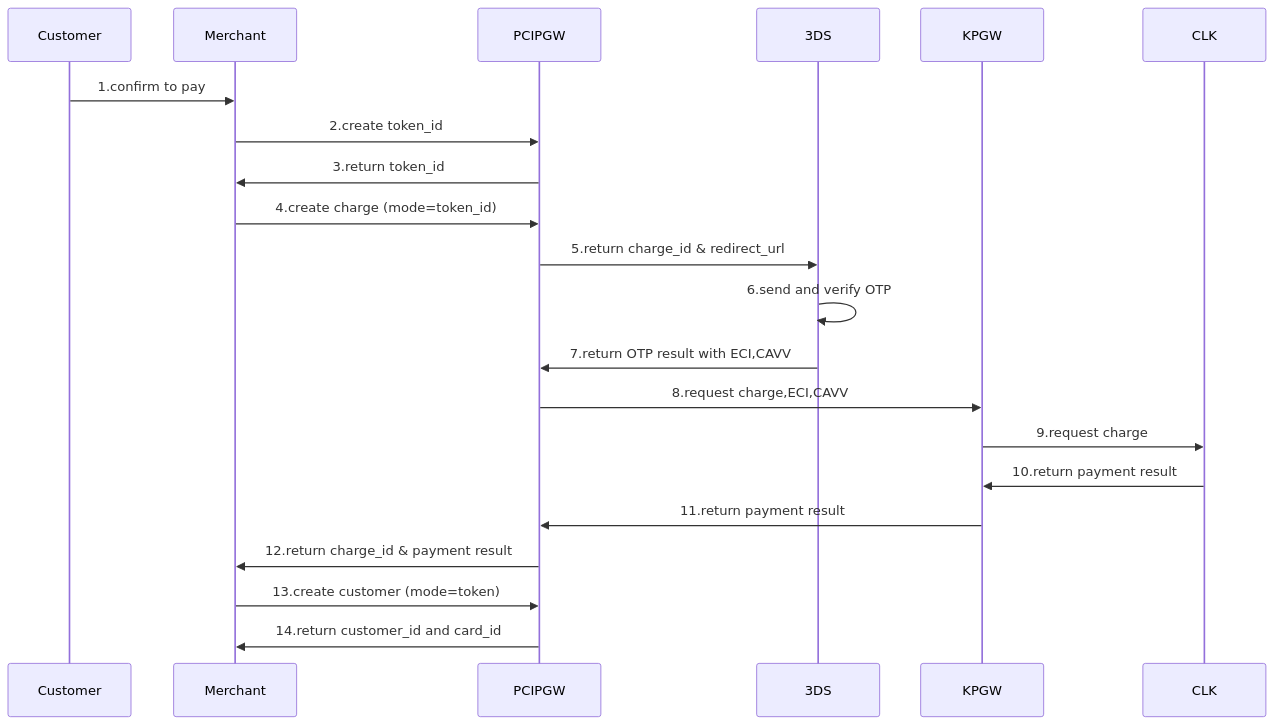
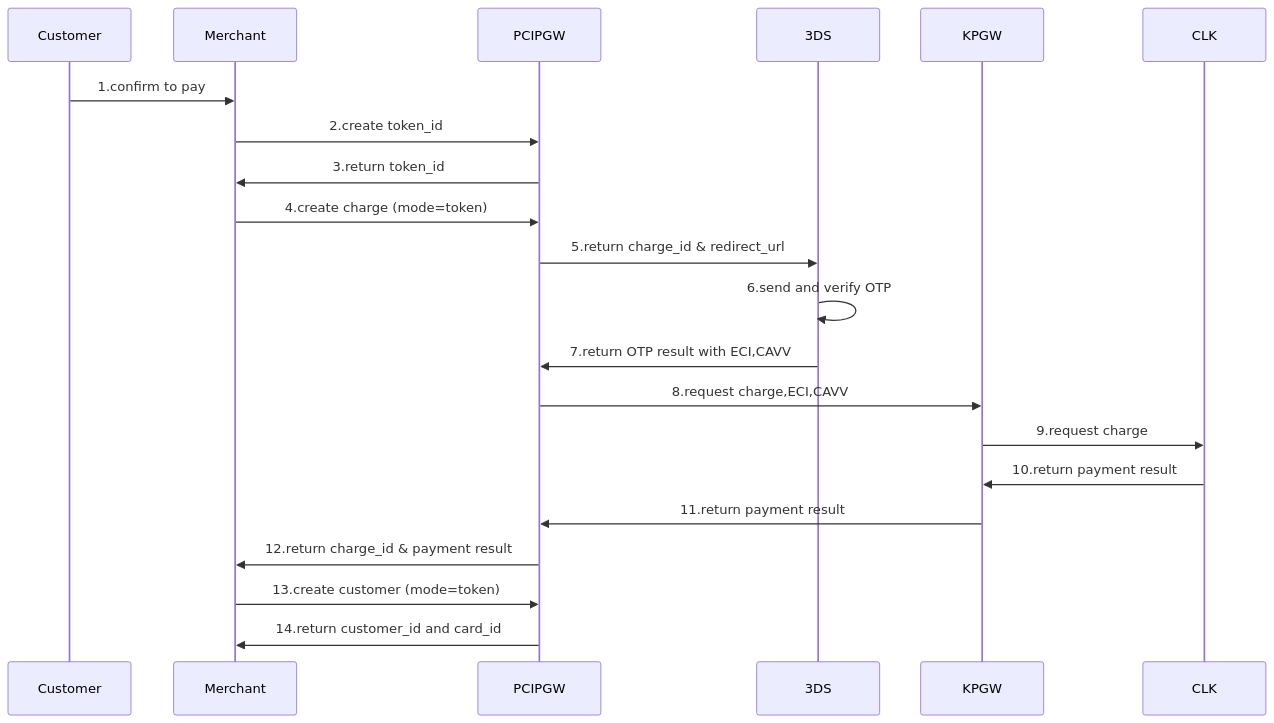
The first of 6 diagrams in Cybs-Ph2-Flow1.md (yuusuke25/MyNotes), drawn with Mermaid before and after one commit. The commit also changed other lines of this file, not shown here.

````diff
--- a/Cybs-Ph2-Flow1.md
+++ b/Cybs-Ph2-Flow1.md
@@ -2,19 +2,19 @@
 ```mermaid
     sequenceDiagram
         Customer->>Merchant:1.confirm to pay
         Merchant->>PCIPGW:2.create token_id
         PCIPGW->>Merchant:3.return token_id
-        Merchant->>PCIPGW:4.create charge (mode=token_id)
+        Merchant->>PCIPGW:4.create charge (mode=token)
         PCIPGW->>3DS:5.return charge_id & redirect_url
         3DS->>3DS:6.send and verify OTP
         3DS->>PCIPGW:7.return OTP result with ECI,CAVV
         PCIPGW->>KPGW:8.request charge,ECI,CAVV
         KPGW->>CLK:9.request charge
         CLK->>KPGW:10.return payment result
         KPGW->>PCIPGW:11.return payment result
         PCIPGW->>Merchant:12.return charge_id & payment result
 
         Merchant->>PCIPGW:13.create customer (mode=token)
         PCIPGW->>Merchant:14.return customer_id and card_id
 
 ```
````
